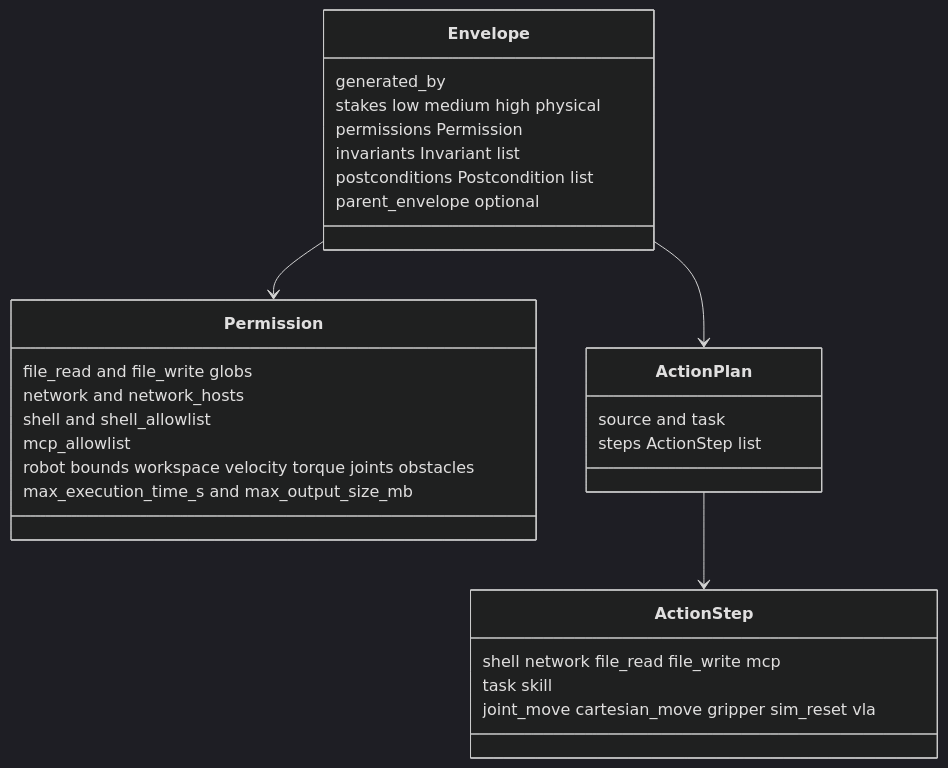
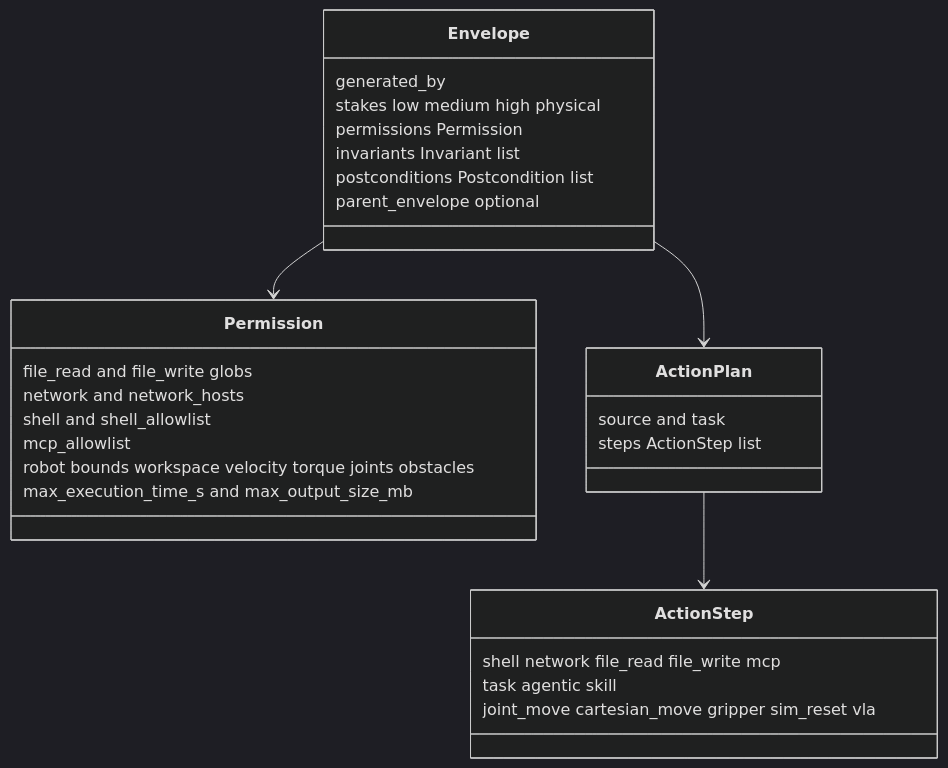
One commit to levitatingflyfisher/openDaisugi changed the fourth of 6 diagrams in docs/architecture/OVERVIEW.md. Above: the diagram before and after it, drawn with Mermaid (dark theme). The commit also changed other lines of this file and 1918 other files, not shown here.

````diff
--- a/docs/architecture/OVERVIEW.md
+++ b/docs/architecture/OVERVIEW.md
@@ -145,31 +243,31 @@
 ```mermaid
 classDiagram
     class Envelope {
         generated_by
         stakes  low medium high physical
         permissions  Permission
         invariants  Invariant list
         postconditions  Postcondition list
         parent_envelope  optional
     }
     class Permission {
         file_read and file_write globs
         network and network_hosts
         shell and shell_allowlist
         mcp_allowlist
         robot bounds  workspace velocity torque joints obstacles
         max_execution_time_s and max_output_size_mb
     }
     class ActionPlan {
         source and task
         steps  ActionStep list
     }
     class ActionStep {
         shell network file_read file_write mcp
-        task skill
+        task agentic skill
         joint_move cartesian_move gripper sim_reset vla
     }
     Envelope --> Permission
     Envelope --> ActionPlan
     ActionPlan --> ActionStep
 ```
````
